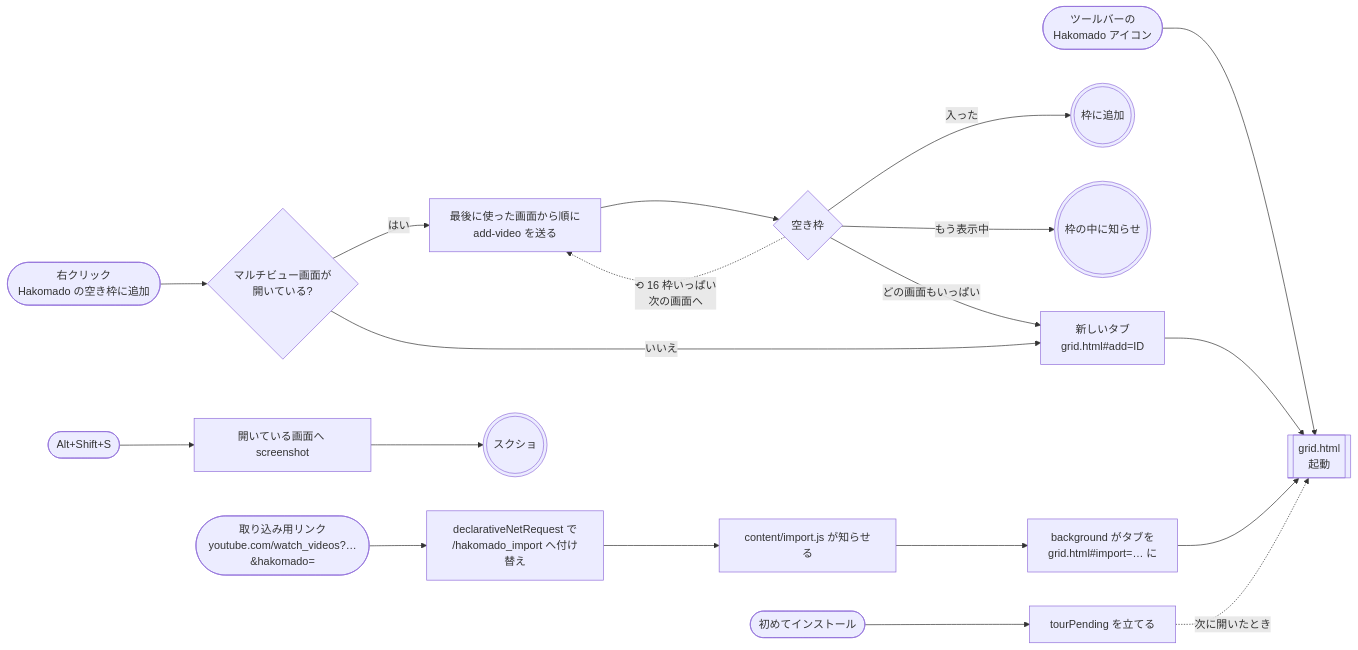
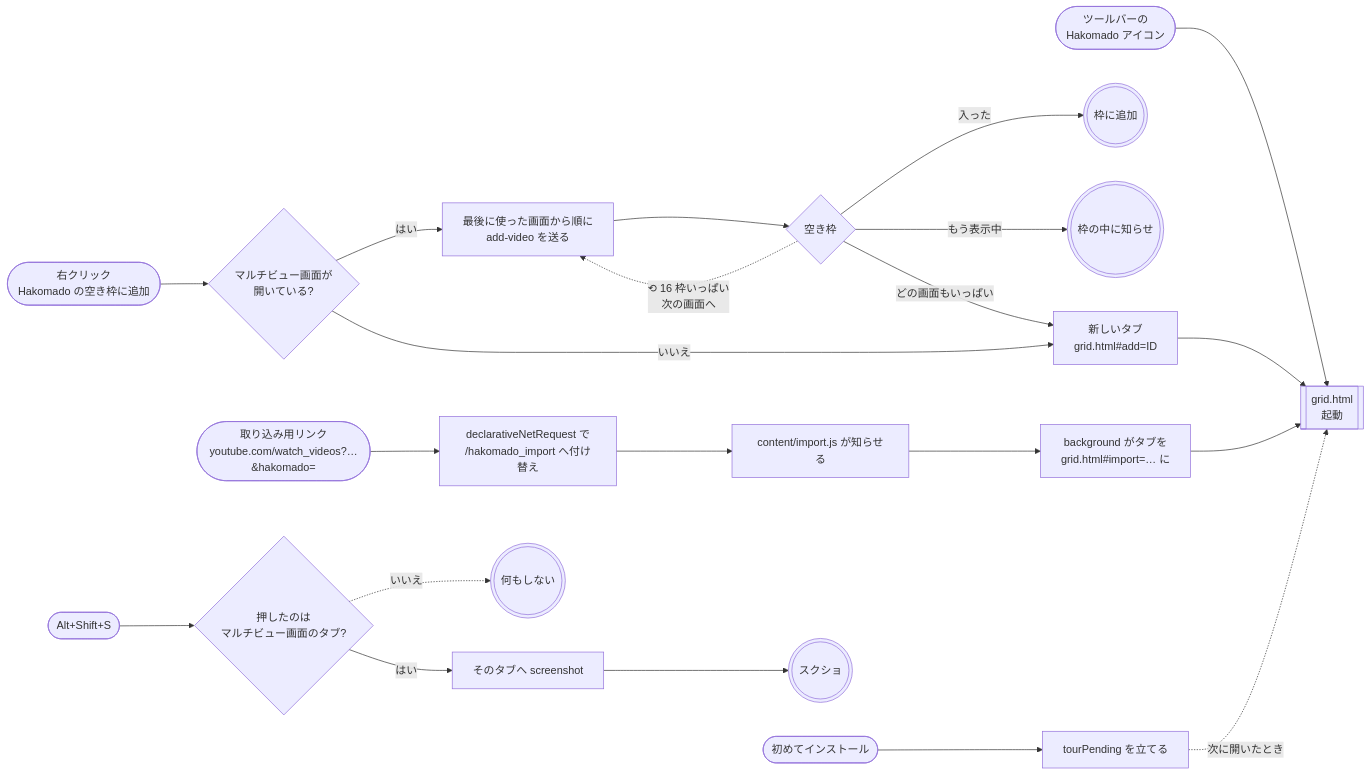
One commit to contee213/hakomado changed the first of 5 diagrams in docs/screen-flow.md. Above: the diagram before and after it, drawn with Mermaid. The commit also changed other lines of this file and 16 other files, not shown here.

````diff
--- a/docs/screen-flow.md
+++ b/docs/screen-flow.md
@@ -20,16 +20,18 @@
 ```mermaid
 flowchart LR
   A(["ツールバーの<br>Hakomado アイコン"]) --> G[["grid.html<br>起動"]]
   B(["右クリック<br>Hakomado の空き枠に追加"]) --> B1{"マルチビュー画面が<br>開いている?"}
   B1 -- "はい" --> B2["最後に使った画面から順に<br>add-video を送る"]
   B2 --> B3{"空き枠"}
   B3 -- "入った" --> E1((("枠に追加")))
   B3 -- "もう表示中" --> E2((("枠の中に知らせ")))
   B3 -. "⟲ 16 枠いっぱい<br>次の画面へ" .-> B2
   B3 -- "どの画面もいっぱい" --> B4
   B1 -- "いいえ" --> B4["新しいタブ<br>grid.html#add=ID"] --> G
   C(["取り込み用リンク<br>youtube.com/watch_videos?…&hakomado="]) --> C1["declarativeNetRequest で<br>/hakomado_import へ付け替え"]
   C1 --> C2["content/import.js が知らせる"] --> C3["background がタブを<br>grid.html#import=… に"] --> G
   D(["初めてインストール"]) --> D1["tourPending を立てる"] -. "次に開いたとき" .-> G
-  K(["Alt+Shift+S"]) --> K1["開いている画面へ screenshot"] --> E4((("スクショ")))
+  K(["Alt+Shift+S"]) --> K1{"押したのは<br>マルチビュー画面のタブ?"}
+  K1 -- "はい" --> K2["そのタブへ screenshot"] --> E4((("スクショ")))
+  K1 -. "いいえ" .-> K3((("何もしない")))
 ```
````
